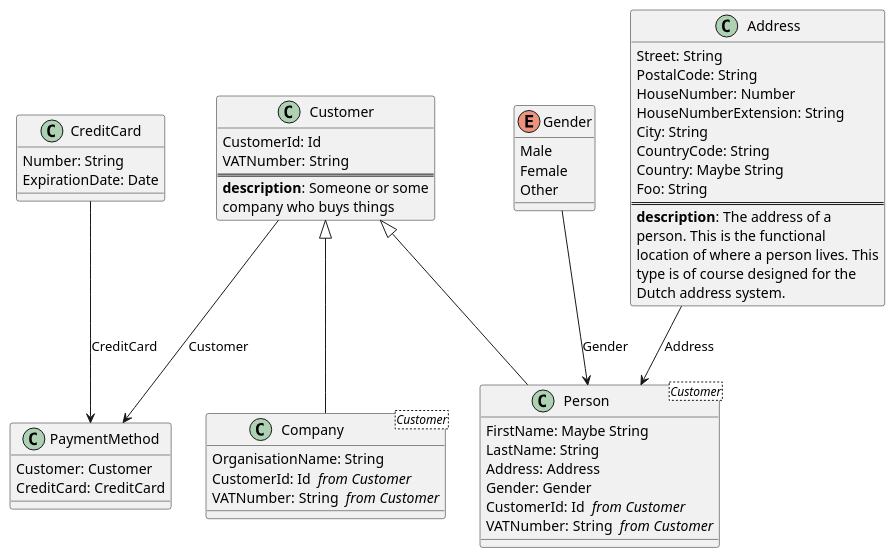
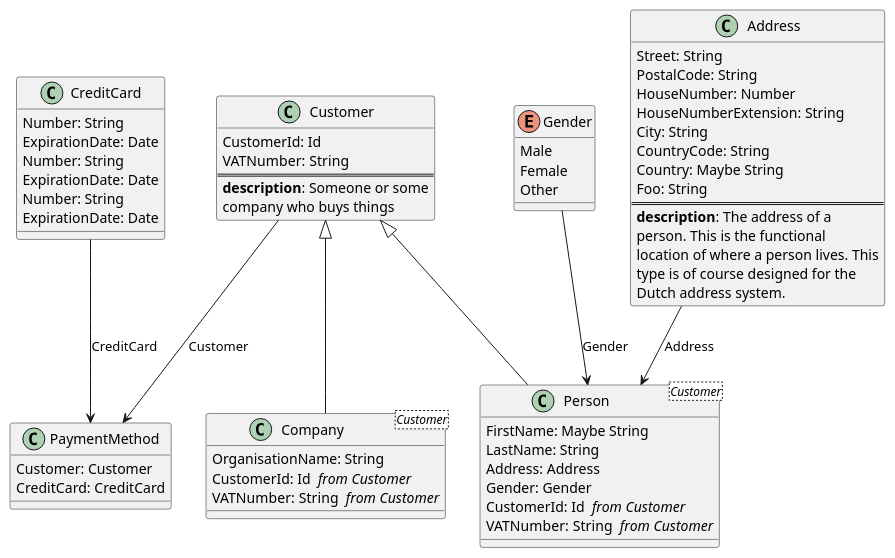
One commit to Baudin999/car-lang changed the diagram in Examples/output/v0.0.1/Customer/Customer.puml. Above: the diagram before and after it, drawn with PlantUML. The commit also changed 30 other files, not shown here.

```diff
--- a/Examples/output/v0.0.1/Customer/Customer.puml
+++ b/Examples/output/v0.0.1/Customer/Customer.puml
@@ -1,56 +1,64 @@
+class "CreditCard" as CreditCard  {
+	Number: String 
+	ExpirationDate: Date 
+}
+class "CreditCard" as CreditCard  {
+	Number: String 
+	ExpirationDate: Date 
+}
 class "CreditCard" as CreditCard  {
 	Number: String 
 	ExpirationDate: Date 
 }
 enum Gender {
 	Male
 	Female
 	Other
 
 }
 class "Address" as Address  {
 	Street: String 
 	PostalCode: String 
 	HouseNumber: Number 
 	HouseNumberExtension: String 
 	City: String 
 	CountryCode: String 
 	Country: Maybe String
 	Foo: String 
 ===
   <b>description</b>: The address of a
  person. This is the functional
  location of where a person lives. This
  type is of course designed for the
  Dutch address system.
 }
 class "Person " as Person <Customer> {
 	FirstName: Maybe String
 	LastName: String 
 	Address: Address 
 	Gender: Gender 
 	CustomerId: Id  <i>from Customer</i>
 	VATNumber: String  <i>from Customer</i>
 }
 Address --> Person : Address
 Gender --> Person : Gender
 Customer <|-- Person
 class "PaymentMethod" as PaymentMethod  {
 	Customer: Customer 
 	CreditCard: CreditCard 
 }
 Customer --> PaymentMethod : Customer
 CreditCard --> PaymentMethod : CreditCard
 class "Company " as Company <Customer> {
 	OrganisationName: String 
 	CustomerId: Id  <i>from Customer</i>
 	VATNumber: String  <i>from Customer</i>
 }
 Customer <|-- Company
 class "Customer" as Customer  {
 	CustomerId: Id 
 	VATNumber: String 
 ===
   <b>description</b>: Someone or some
  company who buys things
 }
```
